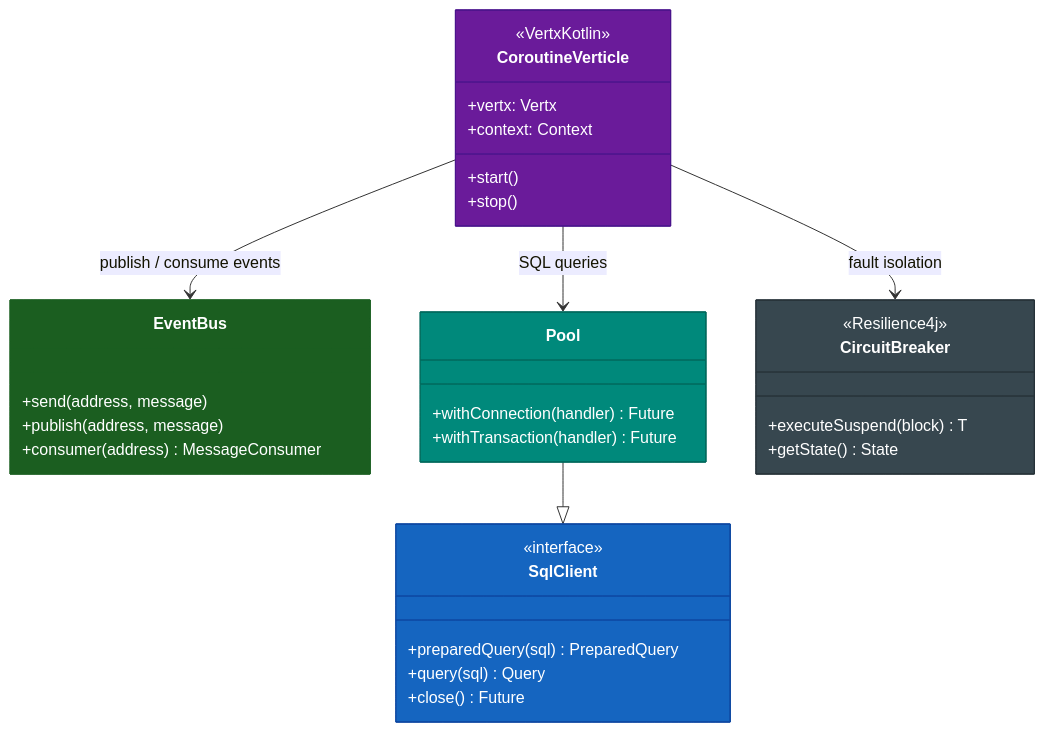
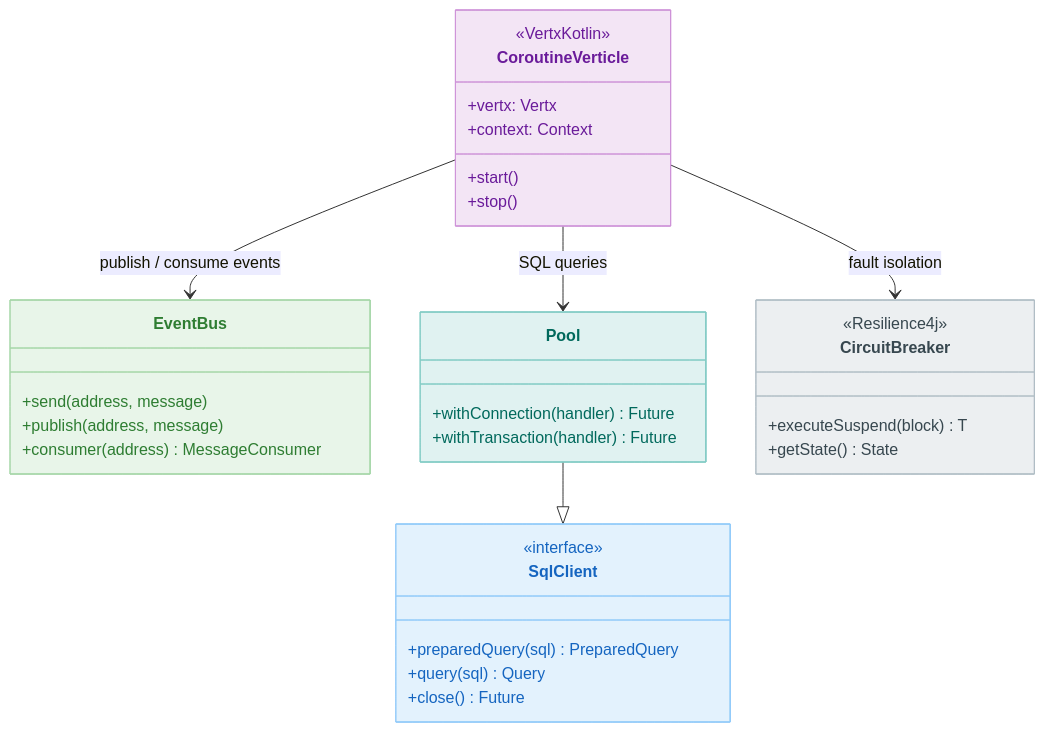
One commit to bluetape4k/bluetape4k-projects changed the fourth of 4 diagrams in io/vertx/README.md. Above: the diagram before and after it, drawn with Mermaid. The commit also changed other lines of this file and 219 other files, not shown here.

First line of the commit message:
docs: 전체 README Mermaid 다이어그램 가이드 적용

````diff
--- a/io/vertx/README.md
+++ b/io/vertx/README.md
@@ -180,45 +174,45 @@
 ```mermaid
 classDiagram
     class CoroutineVerticle {
         <<VertxKotlin>>
         +vertx: Vertx
         +context: Context
         +start()
         +stop()
     }
 
     class EventBus {
         +send(address, message)
         +publish(address, message)
         +consumer(address) MessageConsumer
     }
 
     class SqlClient {
         <<interface>>
         +preparedQuery(sql) PreparedQuery
         +query(sql) Query
         +close() Future
     }
 
     class Pool {
         +withConnection(handler) Future
         +withTransaction(handler) Future
     }
 
     class CircuitBreaker {
         <<Resilience4j>>
         +executeSuspend(block) T
         +getState() State
     }
 
     CoroutineVerticle --> EventBus : publish / consume events
     CoroutineVerticle --> Pool : SQL queries
     Pool --|> SqlClient
     CoroutineVerticle --> CircuitBreaker : fault isolation
 
-    style CoroutineVerticle fill:#6A1B9A,stroke:#4A148C,color:#FFFFFF
-    style EventBus fill:#1B5E20,stroke:#1B5E20,color:#FFFFFF
-    style SqlClient fill:#1565C0,stroke:#0D47A1,color:#FFFFFF
-    style Pool fill:#00897B,stroke:#00695C,color:#FFFFFF
-    style CircuitBreaker fill:#37474F,stroke:#263238,color:#FFFFFF
+    style CoroutineVerticle fill:#F3E5F5,stroke:#CE93D8,color:#6A1B9A
+    style EventBus fill:#E8F5E9,stroke:#A5D6A7,color:#2E7D32
+    style SqlClient fill:#E3F2FD,stroke:#90CAF9,color:#1565C0
+    style Pool fill:#E0F2F1,stroke:#80CBC4,color:#00695C
+    style CircuitBreaker fill:#ECEFF1,stroke:#B0BEC5,color:#37474F
 ```
````
